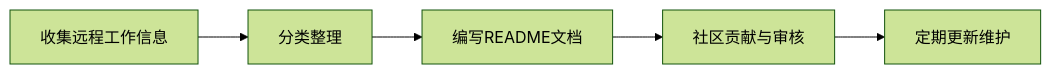
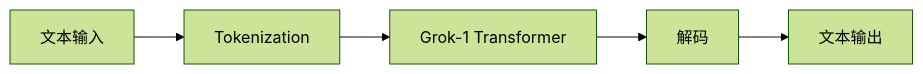
Before and after one commit to wayyoungboy/github-trending-reporter: the fifth of 8 diagrams in reports/2026/01/2026-01-21.md, drawn with Mermaid (forest theme). The commit also changed other lines of this file and 1 other file, not shown here.

````diff
--- a/reports/2026/01/2026-01-21.md
+++ b/reports/2026/01/2026-01-21.md
@@ -208,7 +272,7 @@
 ```mermaid
 graph LR
-    A[收集远程工作信息] --> B[分类整理]
-    B --> C[编写README文档]
-    C --> D[社区贡献与审核]
-    D --> E[定期更新维护]
+    A[文本输入] --> B[Tokenization]
+    B --> C[Grok-1 Transformer]
+    C --> D[解码]
+    D --> E[文本输出]
 ```
````
